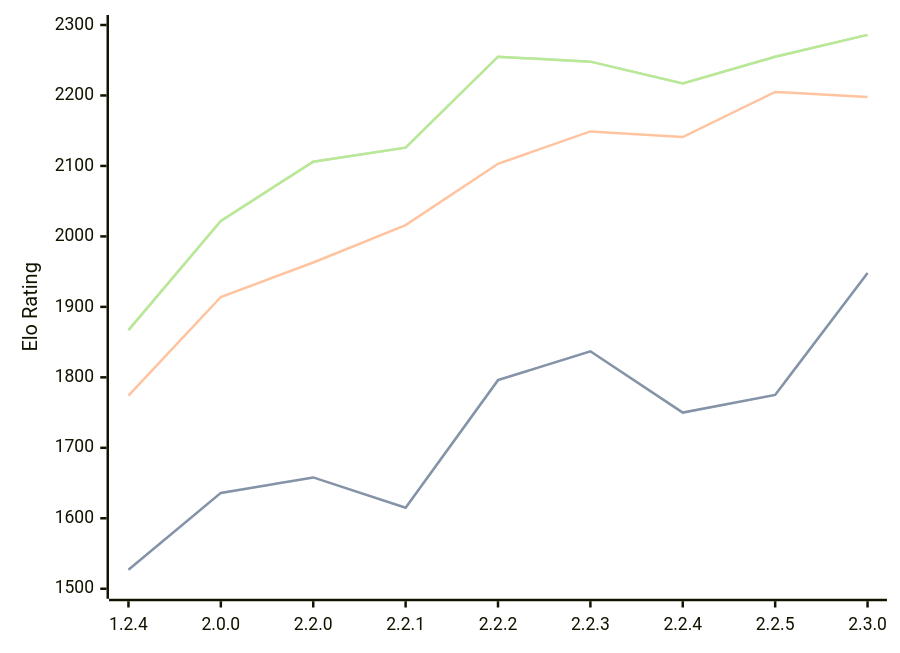
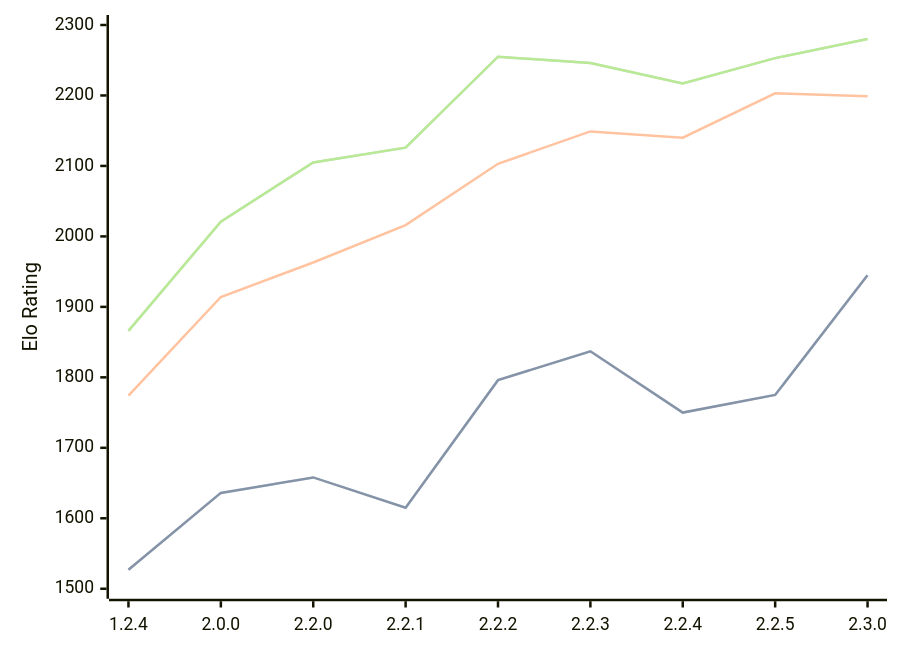
One commit to computer-chess-index/cci changed the diagram in engines/Kreveta.md. Above: the diagram before and after it, drawn with Mermaid. The commit also changed other lines of this file, not shown here.

Commit message:
Update CCI Ratings (ELO VLTC) - 2026-04-28

````diff
--- a/engines/Kreveta.md
+++ b/engines/Kreveta.md
@@ -42,11 +42,11 @@
 ```mermaid
 %%{init: {"theme":"base","themeVariables":{"seriesColors:['#a3a3a3','#222221','#faa371']}}}%%
 xychart-beta
   x-axis ["1.2.4", "2.0.0", "2.2.0", "2.2.1", "2.2.2", "2.2.3", "2.2.4", "2.2.5", "2.3.0"]
   y-axis "Elo Rating" 1500 --> 2300
-  line "STC (8.0+0.08s)" [1527, 1636, 1658, 1615, 1796, 1837, 1750, 1775, 1948]
-  line "STC (8.0+0.08s)" [1527, 1636, 1658, 1615, 1796, 1837, 1750, 1775, 1948]
-  line "LTC (60.0+0.60s)" [1774, 1914, 1963, 2016, 2103, 2149, 2141, 2205, 2198]
-  line "VLTC (2m24s+1.12s)" [1867, 2022, 2106, 2126, 2255, 2248, 2217, 2255, 2286]
-  line "VLTC (2m24s+1.12s)" [1867, 2022, 2106, 2126, 2255, 2248, 2217, 2255, 2286]
+  line "STC (8.0+0.08s)" [1527, 1636, 1658, 1615, 1796, 1837, 1750, 1775, 1945]
+  line "STC (8.0+0.08s)" [1527, 1636, 1658, 1615, 1796, 1837, 1750, 1775, 1945]
+  line "LTC (60.0+0.60s)" [1774, 1914, 1963, 2016, 2103, 2149, 2140, 2203, 2199]
+  line "VLTC (2m24s+1.12s)" [1866, 2021, 2105, 2126, 2255, 2246, 2217, 2253, 2280]
+  line "VLTC (2m24s+1.12s)" [1866, 2021, 2105, 2126, 2255, 2246, 2217, 2253, 2280]
 ```
````
